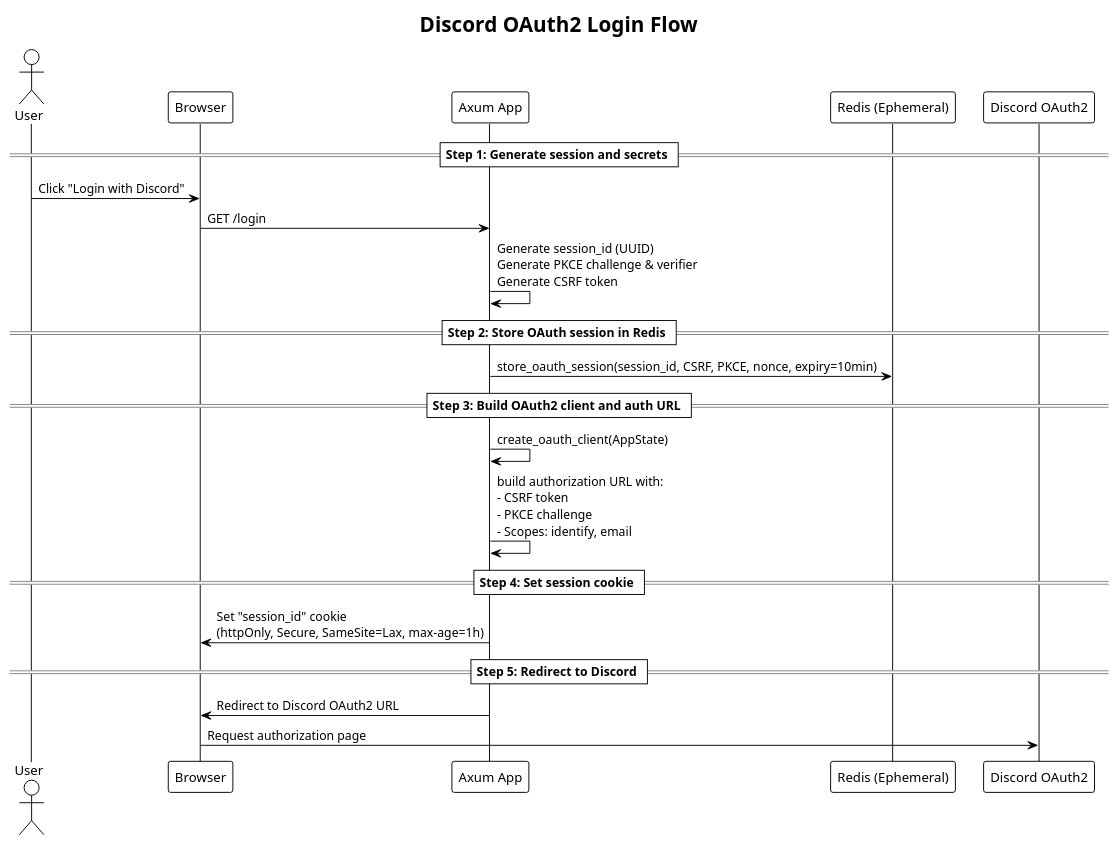
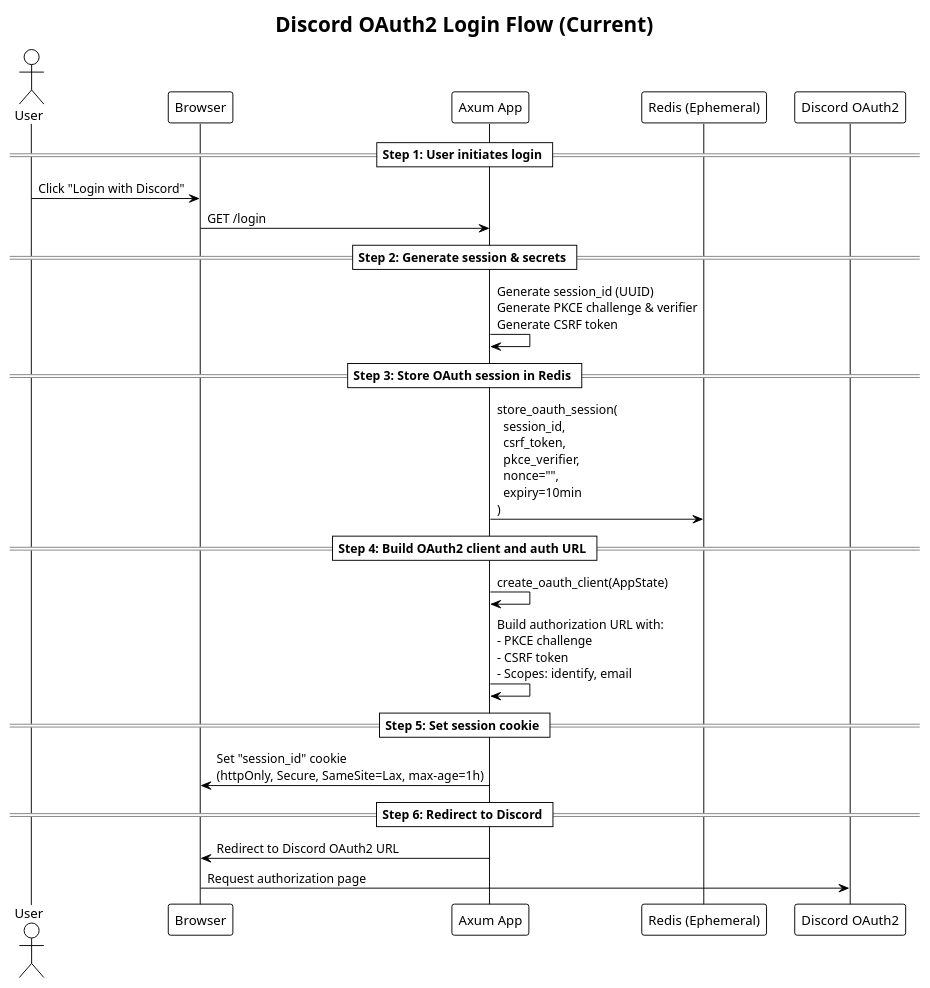
One commit to Crystonix/Auth changed the diagram in services/auth-service/docs/auth-login-flow.puml. Above: the diagram before and after it, drawn with PlantUML. The commit also changed 1 other file, not shown here.

```diff
--- a/services/auth-service/docs/auth-login-flow.puml
+++ b/services/auth-service/docs/auth-login-flow.puml
@@ -1,30 +1,32 @@
 @startuml
 !theme plain
-title Discord OAuth2 Login Flow
+title Discord OAuth2 Login Flow (Current)
 
 actor "User" as U
 participant "Browser" as B
 participant "Axum App" as A
 participant "Redis (Ephemeral)" as R
 participant "Discord OAuth2" as D
 
-== Step 1: Generate session and secrets ==
+== Step 1: User initiates login ==
 U -> B : Click "Login with Discord"
 B -> A : GET /login
+
+== Step 2: Generate session & secrets ==
 A -> A : Generate session_id (UUID)\nGenerate PKCE challenge & verifier\nGenerate CSRF token
 
-== Step 2: Store OAuth session in Redis ==
-A -> R : store_oauth_session(session_id, CSRF, PKCE, nonce, expiry=10min)
+== Step 3: Store OAuth session in Redis ==
+A -> R : store_oauth_session(\n  session_id,\n  csrf_token,\n  pkce_verifier,\n  nonce="",\n  expiry=10min\n)
 
-== Step 3: Build OAuth2 client and auth URL ==
+== Step 4: Build OAuth2 client and auth URL ==
 A -> A : create_oauth_client(AppState)
-A -> A : build authorization URL with:\n- CSRF token\n- PKCE challenge\n- Scopes: identify, email
+A -> A : Build authorization URL with:\n- PKCE challenge\n- CSRF token\n- Scopes: identify, email
 
-== Step 4: Set session cookie ==
+== Step 5: Set session cookie ==
 A -> B : Set "session_id" cookie\n(httpOnly, Secure, SameSite=Lax, max-age=1h)
 
-== Step 5: Redirect to Discord ==
+== Step 6: Redirect to Discord ==
 A -> B : Redirect to Discord OAuth2 URL
 B -> D : Request authorization page
 
 @enduml
```
